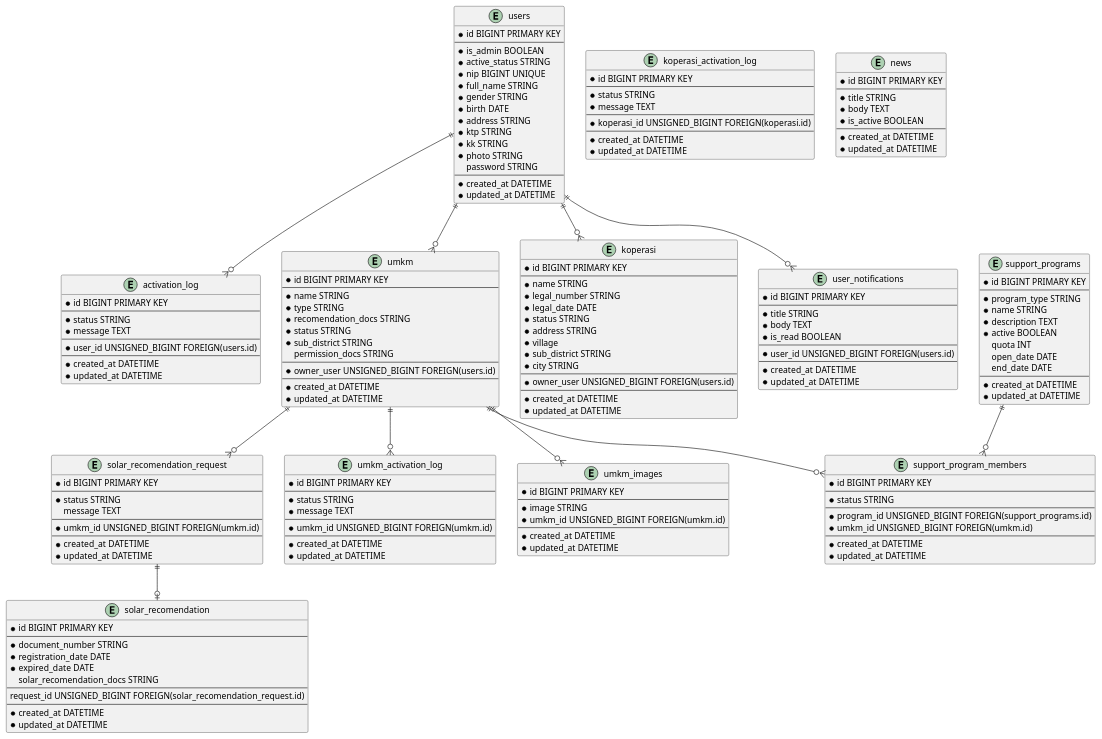
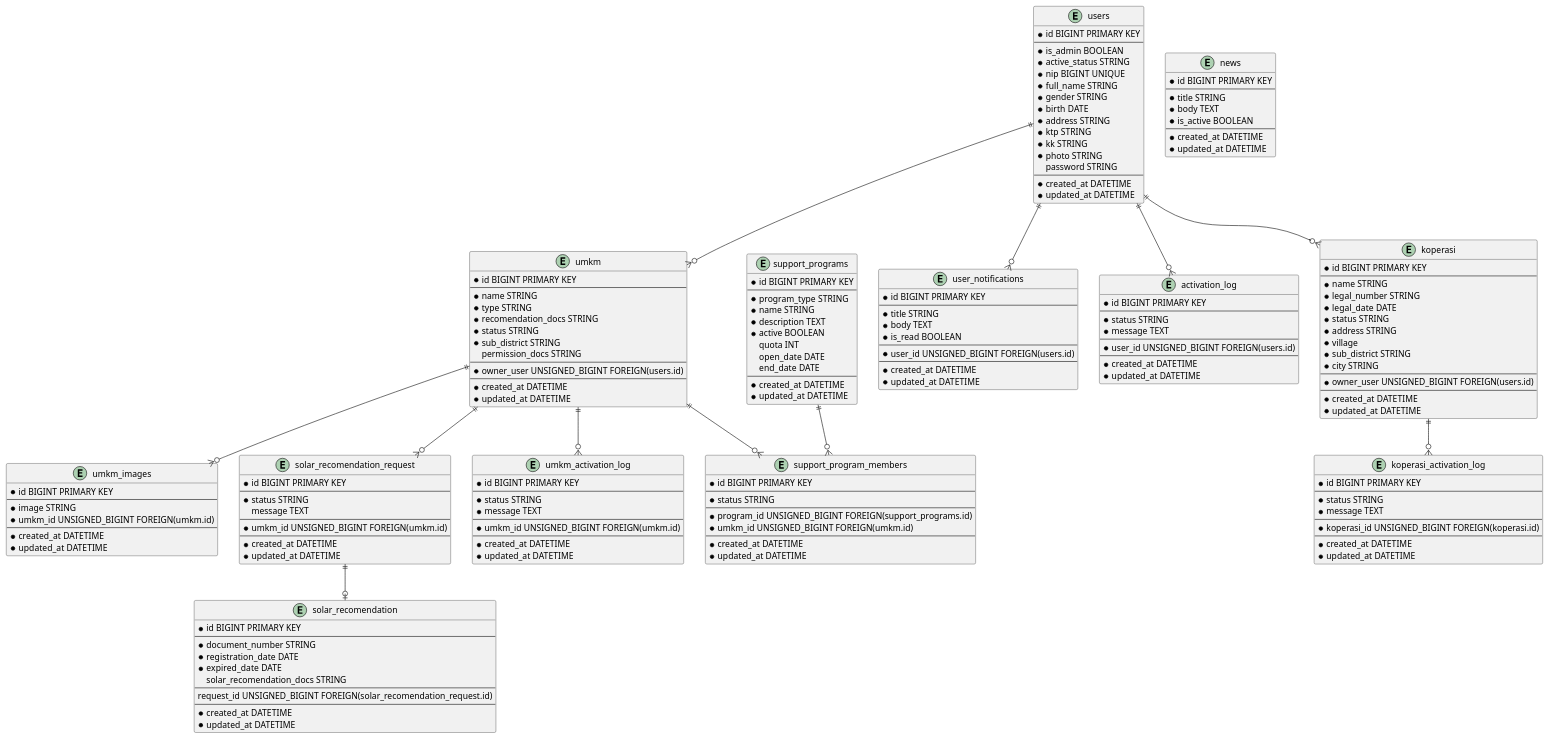
One commit to vithiaz/umkm_registration changed the diagram in diagrams/db_design.puml. Above: the diagram before and after it, drawn with PlantUML. The commit also changed 1 other file, not shown here.

```diff
--- a/diagrams/db_design.puml
+++ b/diagrams/db_design.puml
@@ -219,4 +219,6 @@
 umkm ||--o{ solar_recomendation_request
 solar_recomendation_request ||--o| solar_recomendation
 
+koperasi ||--o{ koperasi_activation_log
+
 @enduml
```
